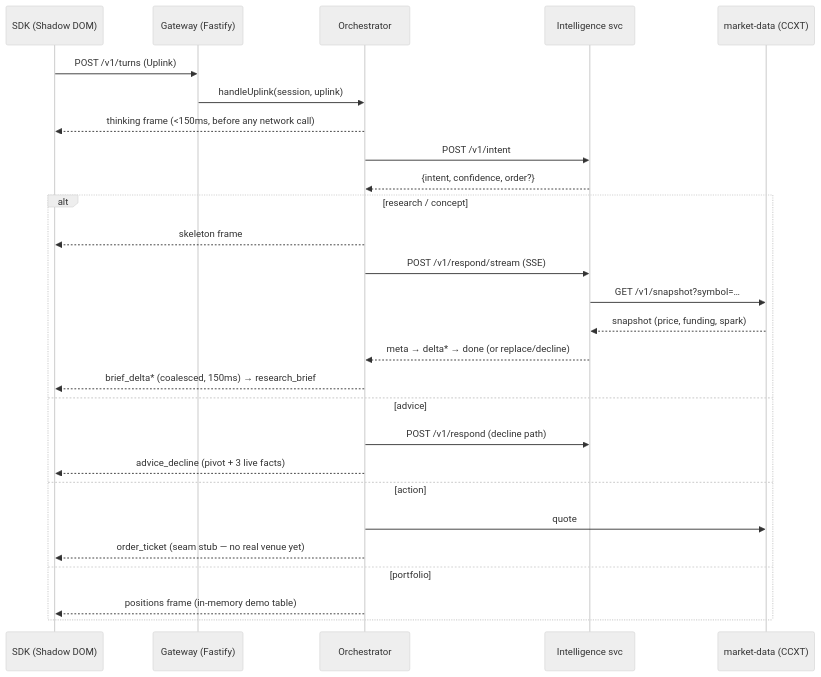
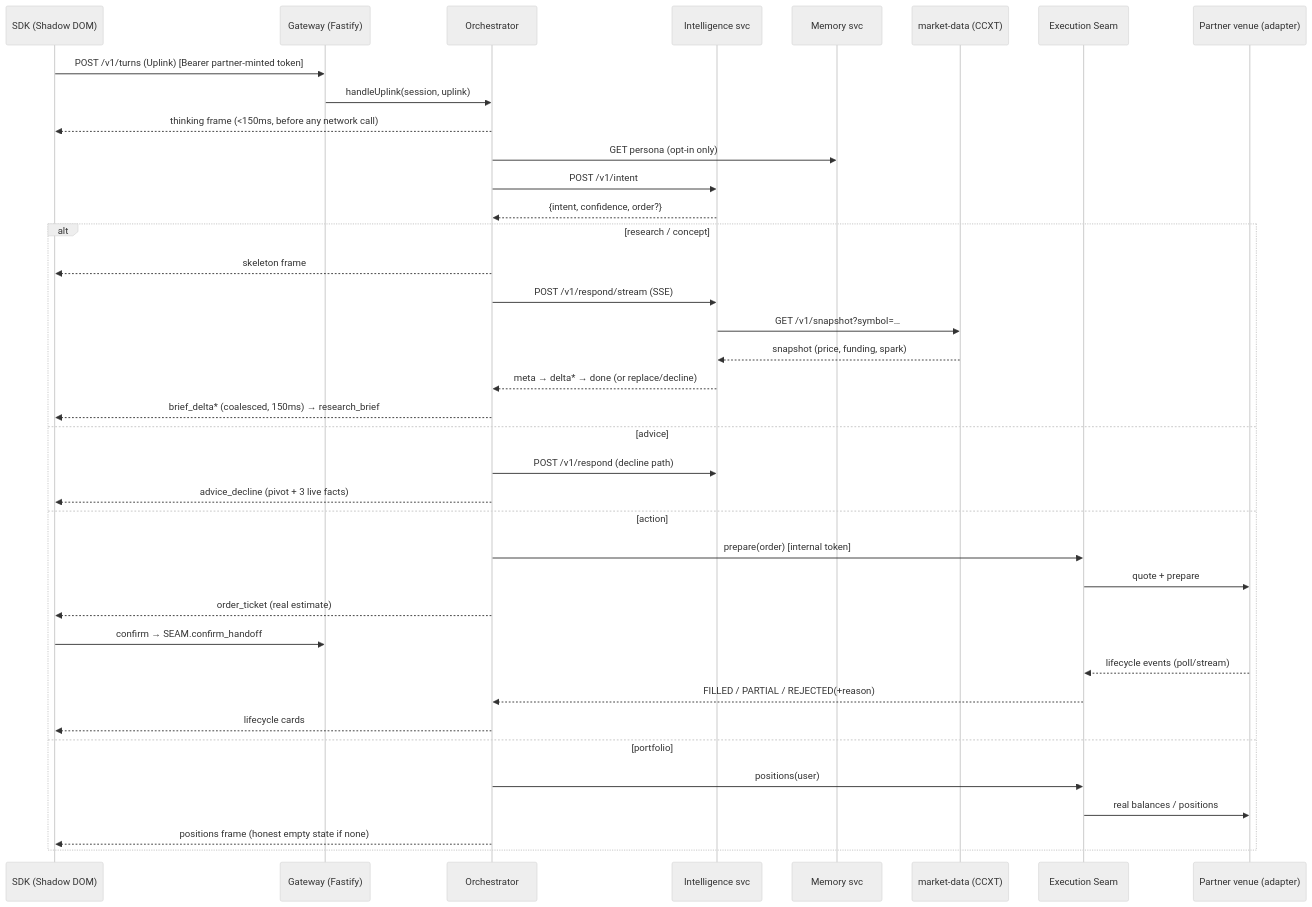
Before and after one commit to peersclub/Hippo: the diagram in docs/vault/Reference/Development Documentation.md, drawn with Mermaid (neutral theme). The commit also changed other lines of this file and 4 other files, not shown here.

````diff
--- a/docs/vault/Reference/Development Documentation.md
+++ b/docs/vault/Reference/Development Documentation.md
@@ -17,30 +24,41 @@
 ```mermaid
 sequenceDiagram
     participant SDK as SDK (Shadow DOM)
     participant GW as Gateway (Fastify)
     participant OR as Orchestrator
     participant IN as Intelligence svc
+    participant MEM as Memory svc
     participant MD as market-data (CCXT)
+    participant SEAM as Execution Seam
+    participant VENUE as Partner venue (adapter)
 
-    SDK->>GW: POST /v1/turns (Uplink)
+    SDK->>GW: POST /v1/turns (Uplink)  [Bearer partner-minted token]
     GW->>OR: handleUplink(session, uplink)
     OR-->>SDK: thinking frame (<150ms, before any network call)
+    OR->>MEM: GET persona (opt-in only)
     OR->>IN: POST /v1/intent
     IN-->>OR: {intent, confidence, order?}
     alt research / concept
         OR-->>SDK: skeleton frame
         OR->>IN: POST /v1/respond/stream (SSE)
         IN->>MD: GET /v1/snapshot?symbol=…
         MD-->>IN: snapshot (price, funding, spark)
         IN-->>OR: meta → delta* → done (or replace/decline)
         OR-->>SDK: brief_delta* (coalesced, 150ms) → research_brief
     else advice
         OR->>IN: POST /v1/respond (decline path)
         OR-->>SDK: advice_decline (pivot + 3 live facts)
     else action
-        OR->>MD: quote
-        OR-->>SDK: order_ticket (seam stub — no real venue yet)
+        OR->>SEAM: prepare(order)  [internal token]
+        SEAM->>VENUE: quote + prepare
+        OR-->>SDK: order_ticket (real estimate)
+        SDK->>GW: confirm → SEAM.confirm_handoff
+        VENUE-->>SEAM: lifecycle events (poll/stream)
+        SEAM-->>OR: FILLED / PARTIAL / REJECTED(+reason)
+        OR-->>SDK: lifecycle cards
     else portfolio
-        OR-->>SDK: positions frame (in-memory demo table)
+        OR->>SEAM: positions(user)
+        SEAM->>VENUE: real balances / positions
+        OR-->>SDK: positions frame (honest empty state if none)
     end
 ```
````
